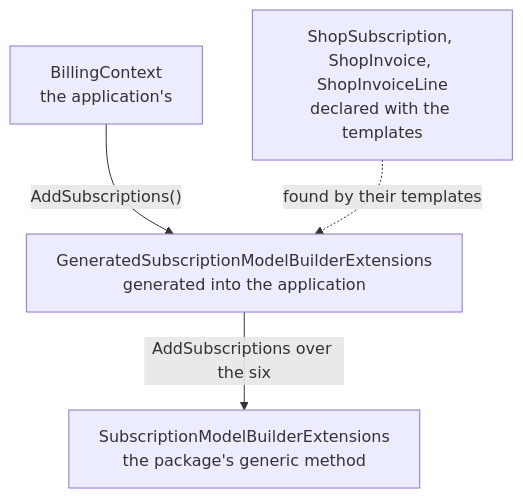
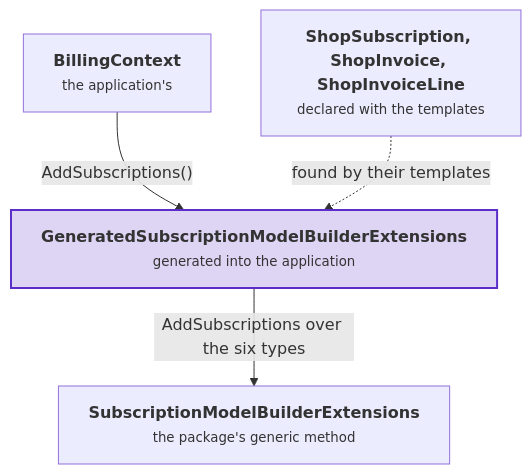
The third of 6 diagrams in docs/writing-a-supporting-domain.md (DylanSnel/DDDToolkit), drawn with Mermaid before and after one commit. The commit also changed other lines of this file and 41 other files, not shown here.

First line of the commit message:
Docs: plain prose, one word per concept, and readable diagrams on every page

````diff
--- a/docs/writing-a-supporting-domain.md
+++ b/docs/writing-a-supporting-domain.md
@@ -463,10 +507,12 @@
 ```mermaid
 flowchart TB
-    Context["BillingContext<br/>the application's"]
-    Wrapper["GeneratedSubscriptionModelBuilderExtensions<br/>generated into the application"]
-    Package["SubscriptionModelBuilderExtensions<br/>the package's generic method"]
-    Classes["ShopSubscription, ShopInvoice, ShopInvoiceLine<br/>declared with the templates"]
-    Context -- "AddSubscriptions()" --> Wrapper
-    Wrapper -- "AddSubscriptions over the six" --> Package
-    Classes -. "found by their templates" .-> Wrapper
+    context["<b>BillingContext</b><br/><small>the application's</small>"]
+    wrapper["<b>GeneratedSubscriptionModelBuilderExtensions</b><br/><small>generated into the application</small>"]
+    package["<b>SubscriptionModelBuilderExtensions</b><br/><small>the package's generic method</small>"]
+    classes["<b>ShopSubscription, ShopInvoice, ShopInvoiceLine</b><br/><small>declared with the templates</small>"]
+    context -- "AddSubscriptions()" --> wrapper
+    wrapper -- "AddSubscriptions over the six types" --> package
+    classes -. "found by their templates" .-> wrapper
+    classDef strong fill:#5b2ec933,stroke:#5b2ec9,stroke-width:2px
+    class wrapper strong
 ```
````
